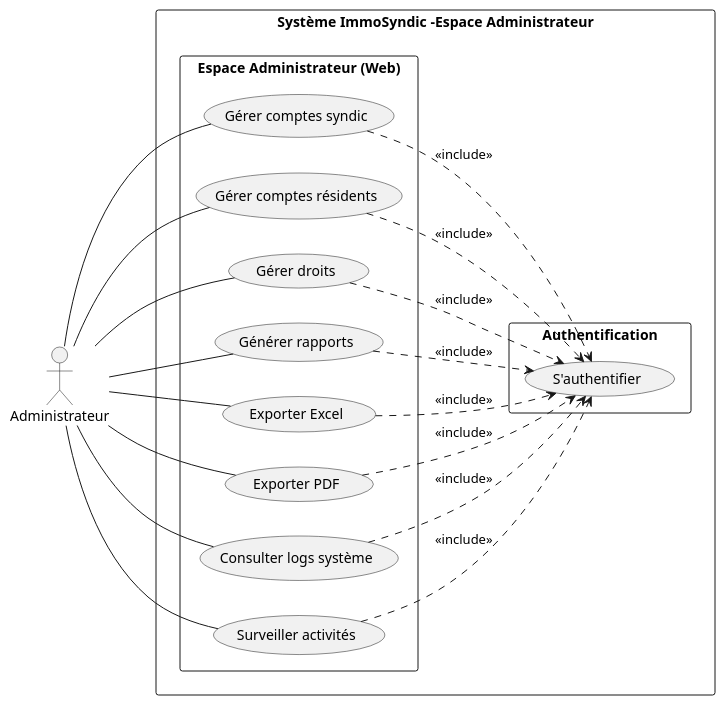
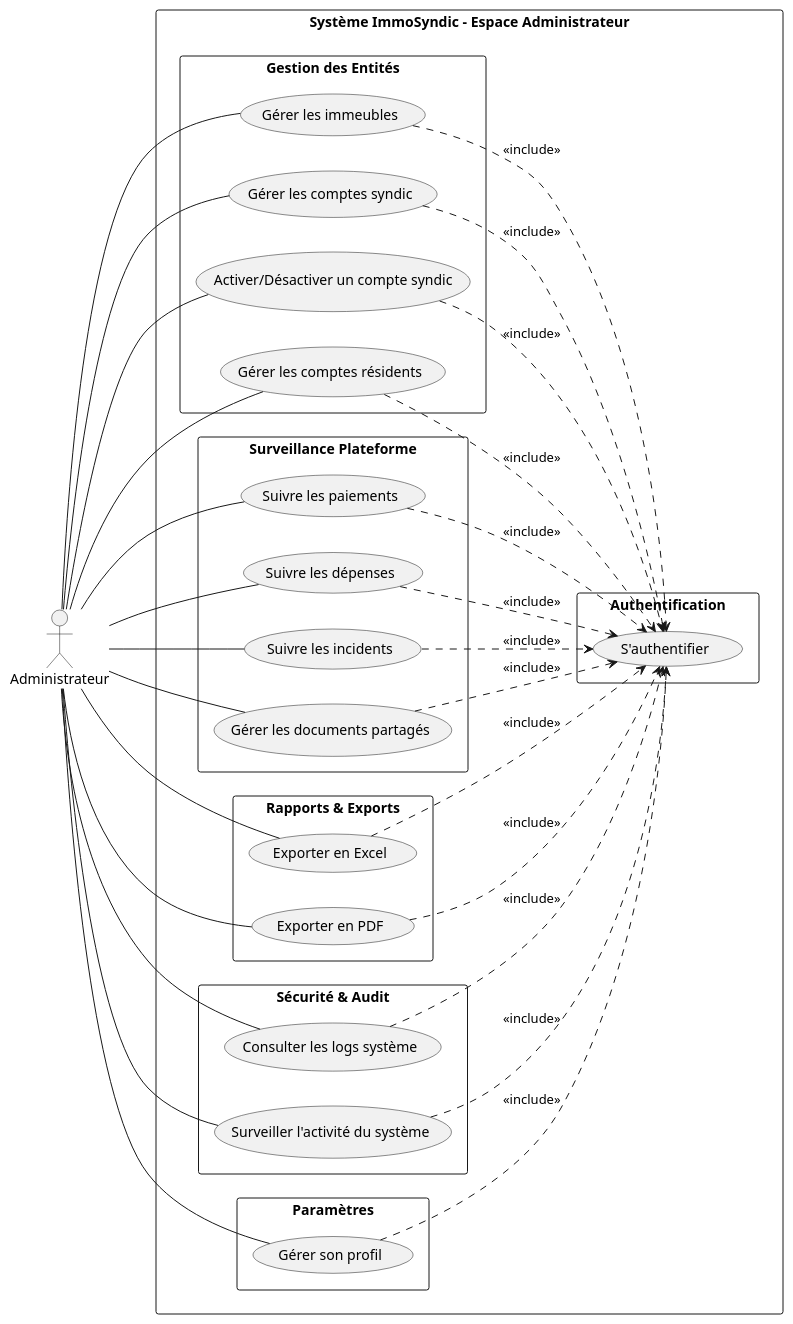
The diagram in analyse/ideation/cas_utilisation/diagramme_global/use_case_global_admin.puml (fadna-lakhouchen/Projet-finale), drawn with PlantUML before and after one commit. The commit also changed 58 other files, not shown here.

```diff
--- a/analyse/ideation/cas_utilisation/diagramme_global/use_case_global_admin.puml
+++ b/analyse/ideation/cas_utilisation/diagramme_global/use_case_global_admin.puml
@@ -1,48 +1,73 @@
 @startuml ImmoSyndic_Global_Admin
 left to right direction
 skinparam packageStyle rectangle
 skinparam shadowing false
 
 actor "Administrateur" as Admin
 
-
-rectangle "Système ImmoSyndic -Espace Administrateur" {
+rectangle "Système ImmoSyndic - Espace Administrateur" {
 
   package "Authentification" {
     usecase "S'authentifier" as Auth
   }
-    package "Espace Administrateur (Web)" {
-      usecase "Gérer comptes syndic" as ManageSyndic
-       usecase "Gérer comptes résidents" as ManageResidents
-      usecase "Gérer droits" as ManageRoles
-      usecase "Générer rapports" as GlobalReports
-      usecase "Exporter Excel" as ExportExcel
-      usecase "Exporter PDF" as ExportPDF
-      usecase "Consulter logs système" as AuditLogs
-      usecase "Surveiller activités" as MonitorActivity
 
-      ManageSyndic ..> Auth : <<include>>
-      ManageResidents ..> Auth : <<include>>
-      ManageRoles ..> Auth : <<include>>
-      GlobalReports ..> Auth : <<include>>
-      ExportExcel ..> Auth : <<include>>
-      ExportPDF ..> Auth : <<include>>
-      AuditLogs ..> Auth : <<include>>
-      MonitorActivity ..> Auth : <<include>>
-    }
-  
+  package "Gestion des Entités" {
+    usecase "Gérer les immeubles" as ManageBuildings
+    usecase "Gérer les comptes syndic" as ManageSyndic
+    usecase "Activer/Désactiver un compte syndic" as ToggleSyndicStatus
+    usecase "Gérer les comptes résidents" as ManageResidents
+  }
 
+  package "Surveillance Plateforme" {
+    usecase "Suivre les paiements" as TrackPayments
+    usecase "Suivre les dépenses" as TrackExpenses
+    usecase "Suivre les incidents" as TrackIncidents
+    usecase "Gérer les documents partagés" as ManageDocs
+  }
+
+  package "Rapports & Exports" {
+    usecase "Exporter en Excel" as ExportExcel
+    usecase "Exporter en PDF" as ExportPDF
+  }
+
+  package "Sécurité & Audit" {
+    usecase "Consulter les logs système" as AuditLogs
+    usecase "Surveiller l'activité du système" as MonitorActivity
+  }
+
+  package "Paramètres" {
+    usecase "Gérer son profil" as ManageProfile
+  }
+
+  ' Auth relation (global rule)
+  ManageBuildings ..> Auth : <<include>>
+  ManageSyndic ..> Auth : <<include>>
+  ToggleSyndicStatus ..> Auth : <<include>>
+  ManageResidents ..> Auth : <<include>>
+  TrackPayments ..> Auth : <<include>>
+  TrackExpenses ..> Auth : <<include>>
+  TrackIncidents ..> Auth : <<include>>
+  ManageDocs ..> Auth : <<include>>
+  ExportExcel ..> Auth : <<include>>
+  ExportPDF ..> Auth : <<include>>
+  AuditLogs ..> Auth : <<include>>
+  MonitorActivity ..> Auth : <<include>>
+  ManageProfile ..> Auth : <<include>>
 }
 
 ' Web Connections
+Admin -- ManageBuildings
 Admin -- ManageSyndic
+Admin -- ToggleSyndicStatus
 Admin -- ManageResidents
-Admin -- ManageRoles
-Admin -- GlobalReports
+Admin -- TrackPayments
+Admin -- TrackExpenses
+Admin -- TrackIncidents
+Admin -- ManageDocs
 Admin -- ExportExcel
 Admin -- ExportPDF
 Admin -- AuditLogs
 Admin -- MonitorActivity
-
+Admin -- ManageProfile
 
 @enduml
```
